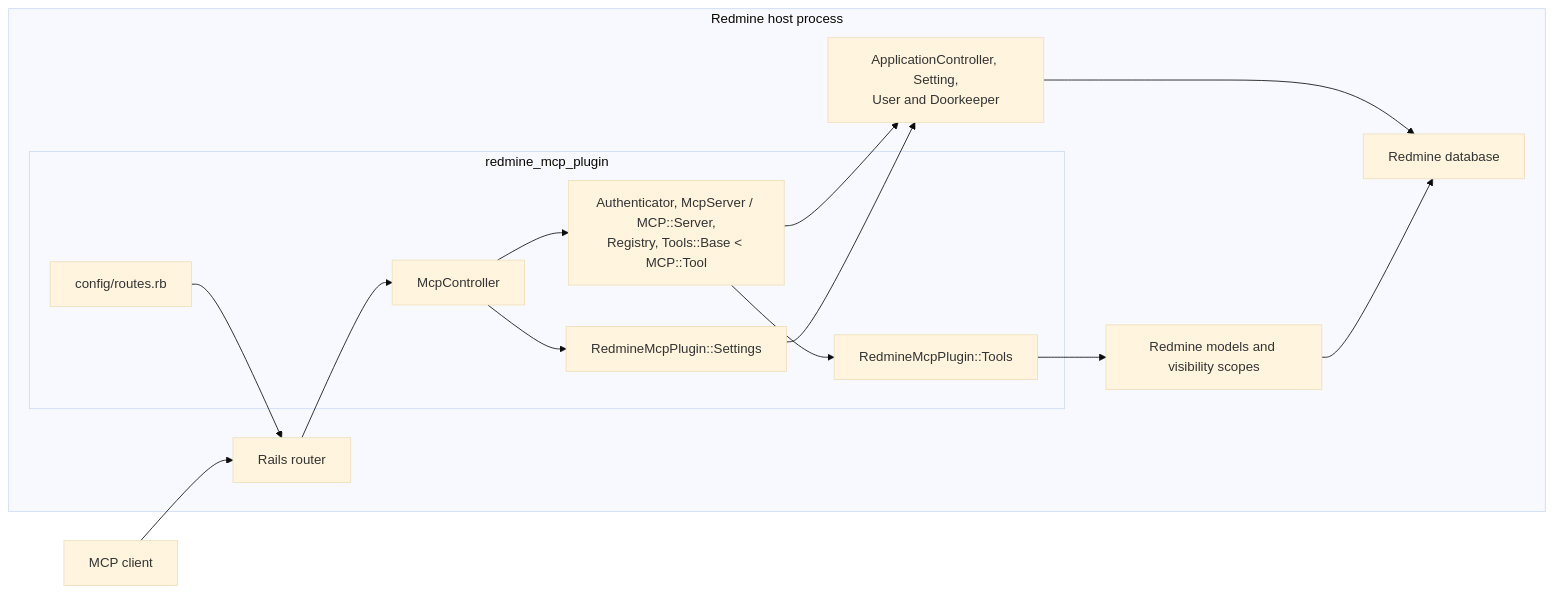
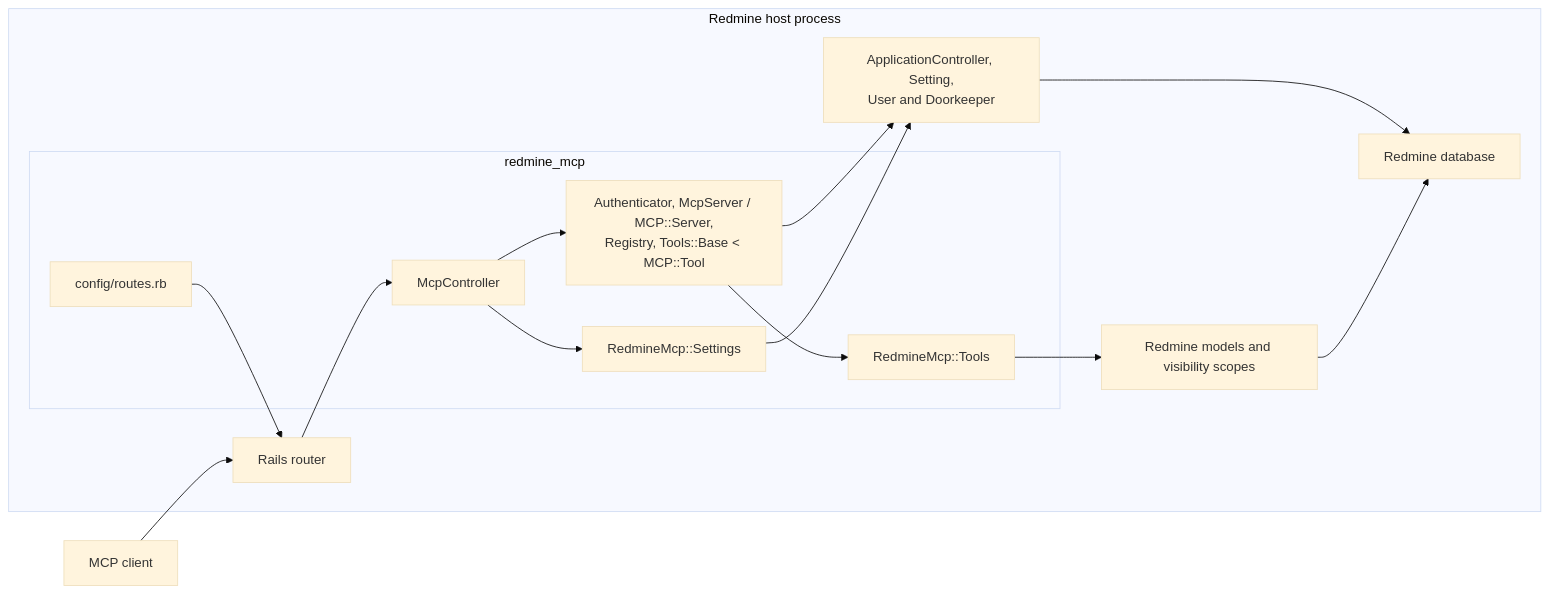
One commit to joaoperfig/redmine_mcp_plugin changed the first of 2 diagrams in ARCHITECTURE.md. Above: the diagram before and after it, drawn with Mermaid (base theme). The commit also changed other lines of this file and 121 other files, not shown here.

Commit message:
Rename plugin to redmine_mcp

````diff
--- a/ARCHITECTURE.md
+++ b/ARCHITECTURE.md
@@ -13,32 +13,32 @@
 ```mermaid
 flowchart LR
   Client["MCP client"]
 
   subgraph Host["Redmine host process"]
     Router["Rails router"]
 
-    subgraph Plugin["redmine_mcp_plugin"]
+    subgraph Plugin["redmine_mcp"]
       Routes["config/routes.rb"]
       Controller["McpController"]
       Core["Authenticator, McpServer / MCP::Server,<br/>Registry, Tools::Base &lt; MCP::Tool"]
-      Tools["RedmineMcpPlugin::Tools"]
-      PluginSettings["RedmineMcpPlugin::Settings"]
+      Tools["RedmineMcp::Tools"]
+      PluginSettings["RedmineMcp::Settings"]
     end
 
     HostServices["ApplicationController, Setting,<br/>User and Doorkeeper"]
     Models["Redmine models and visibility scopes"]
     Database["Redmine database"]
   end
 
   Client --> Router
   Routes --> Router
   Router --> Controller
   Controller --> Core
   Controller --> PluginSettings
   Core --> HostServices
   Core --> Tools
   Tools --> Models
   PluginSettings --> HostServices
   HostServices --> Database
   Models --> Database
 ```
````
